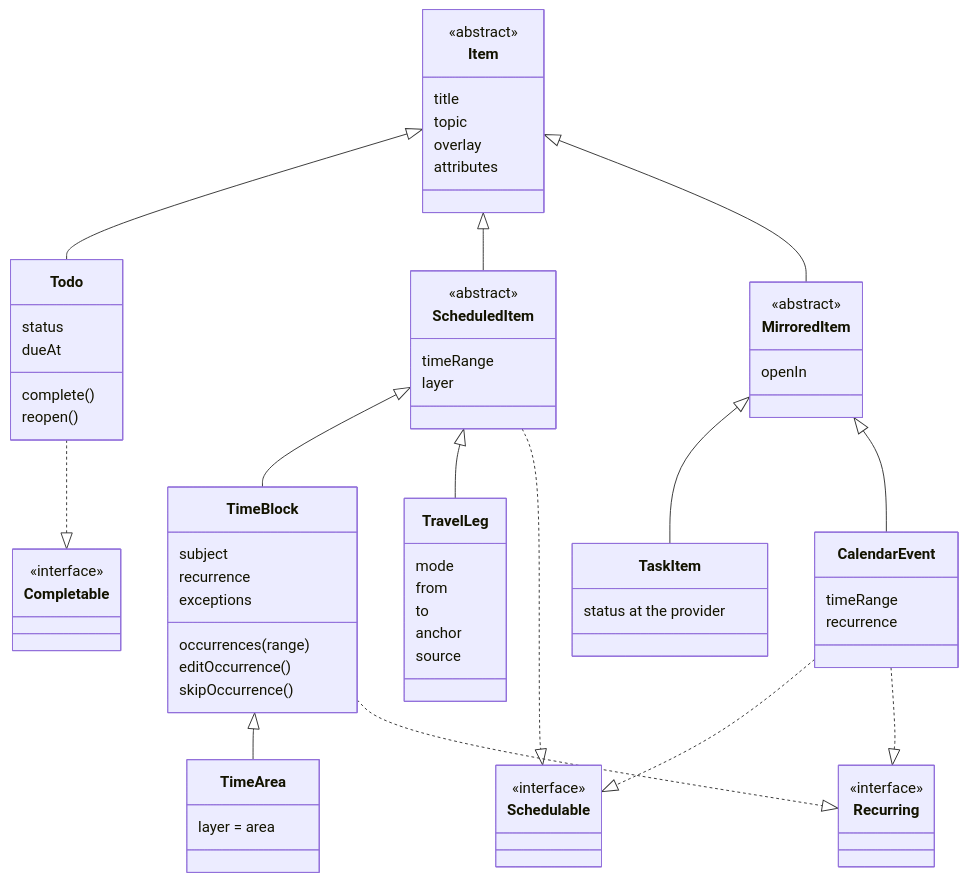
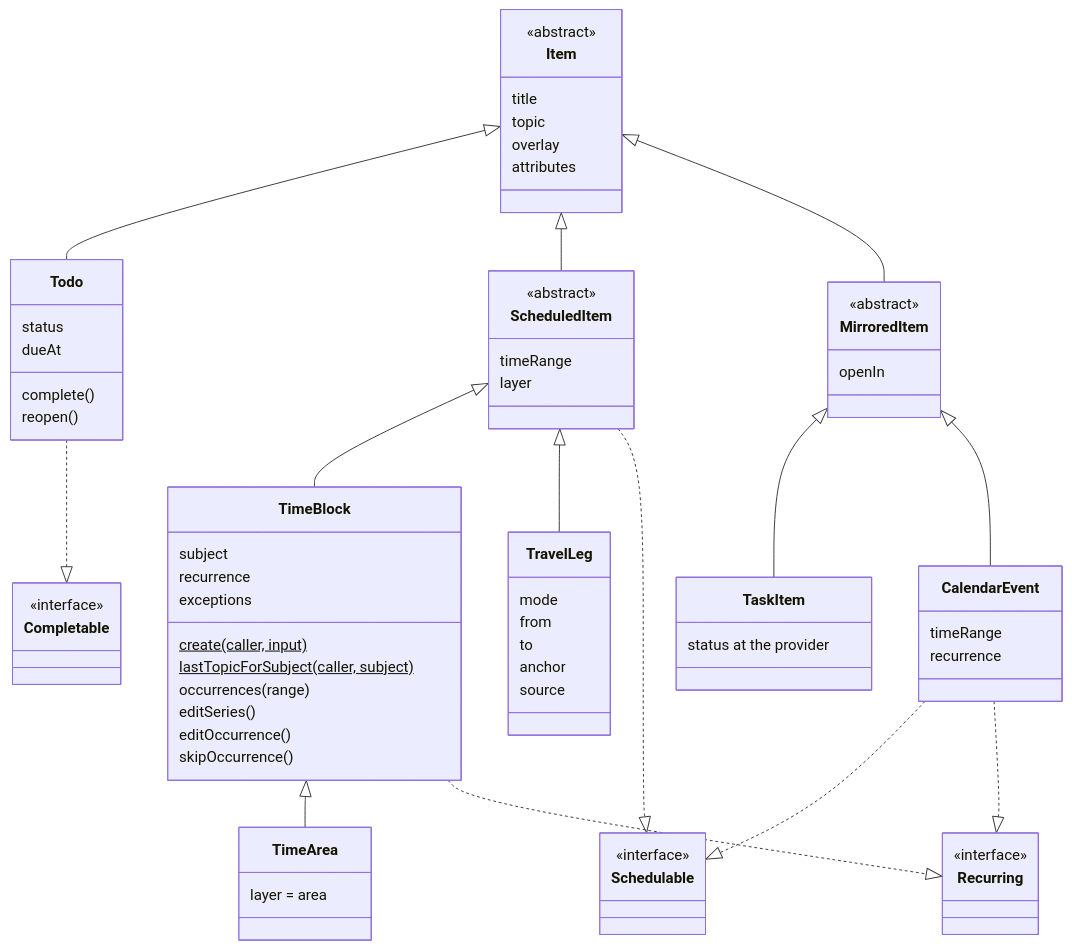
One commit to shalev396/ToDoList changed the fifth of 10 diagrams in docs/design/CLASSES.md. Above: the diagram before and after it, drawn with Mermaid. The commit also changed other lines of this file and 40 other files, not shown here.

Commit message:
Time blocks: create, edit this one or all, skip; MCP create_time_block and edit_time_block

````diff
--- a/docs/design/CLASSES.md
+++ b/docs/design/CLASSES.md
@@ -1530,74 +1530,77 @@
 ```mermaid
 classDiagram
     direction TB
     class Item {
         <<abstract>>
         title
         topic
         overlay
         attributes
     }
     class Todo {
         status
         dueAt
         complete()
         reopen()
     }
     class ScheduledItem {
         <<abstract>>
         timeRange
         layer
     }
     class TimeBlock {
         subject
         recurrence
         exceptions
+        create(caller, input)$
+        lastTopicForSubject(caller, subject)$
         occurrences(range)
+        editSeries()
         editOccurrence()
         skipOccurrence()
     }
     class TimeArea {
         layer = area
     }
     class TravelLeg {
         mode
         from
         to
         anchor
         source
     }
     class MirroredItem {
         <<abstract>>
         openIn
     }
     class TaskItem {
         status at the provider
     }
     class CalendarEvent {
         timeRange
         recurrence
     }
     class Completable {
         <<interface>>
     }
     class Schedulable {
         <<interface>>
     }
     class Recurring {
         <<interface>>
     }
 
     Item <|-- Todo
     Item <|-- ScheduledItem
     Item <|-- MirroredItem
     ScheduledItem <|-- TimeBlock
     TimeBlock <|-- TimeArea
     ScheduledItem <|-- TravelLeg
     MirroredItem <|-- TaskItem
     MirroredItem <|-- CalendarEvent
     Todo ..|> Completable
     ScheduledItem ..|> Schedulable
     CalendarEvent ..|> Schedulable
     TimeBlock ..|> Recurring
     CalendarEvent ..|> Recurring
 ```
````
